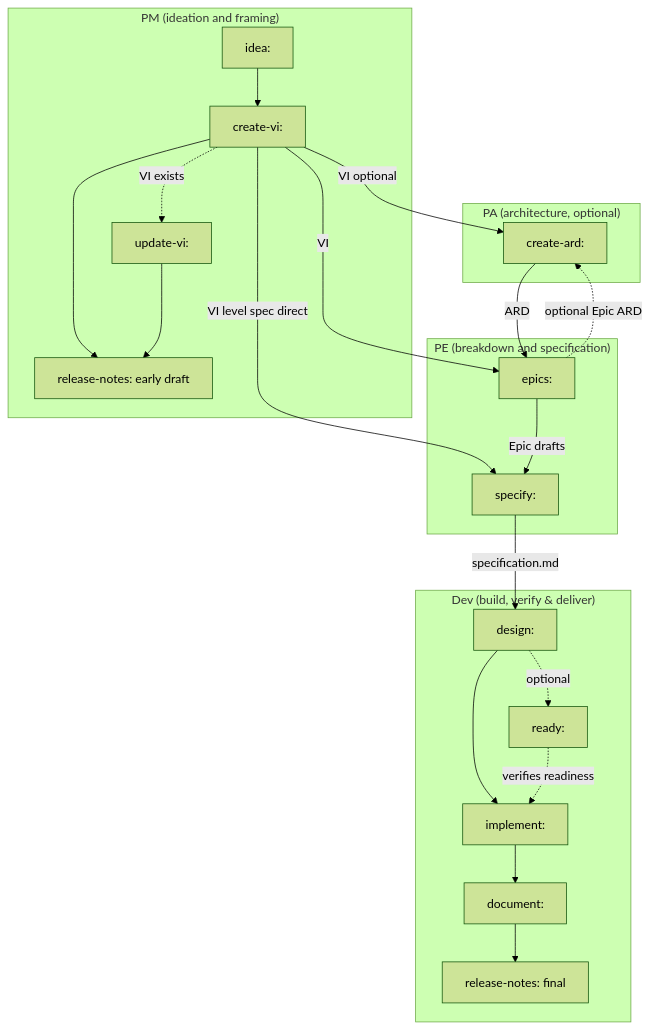
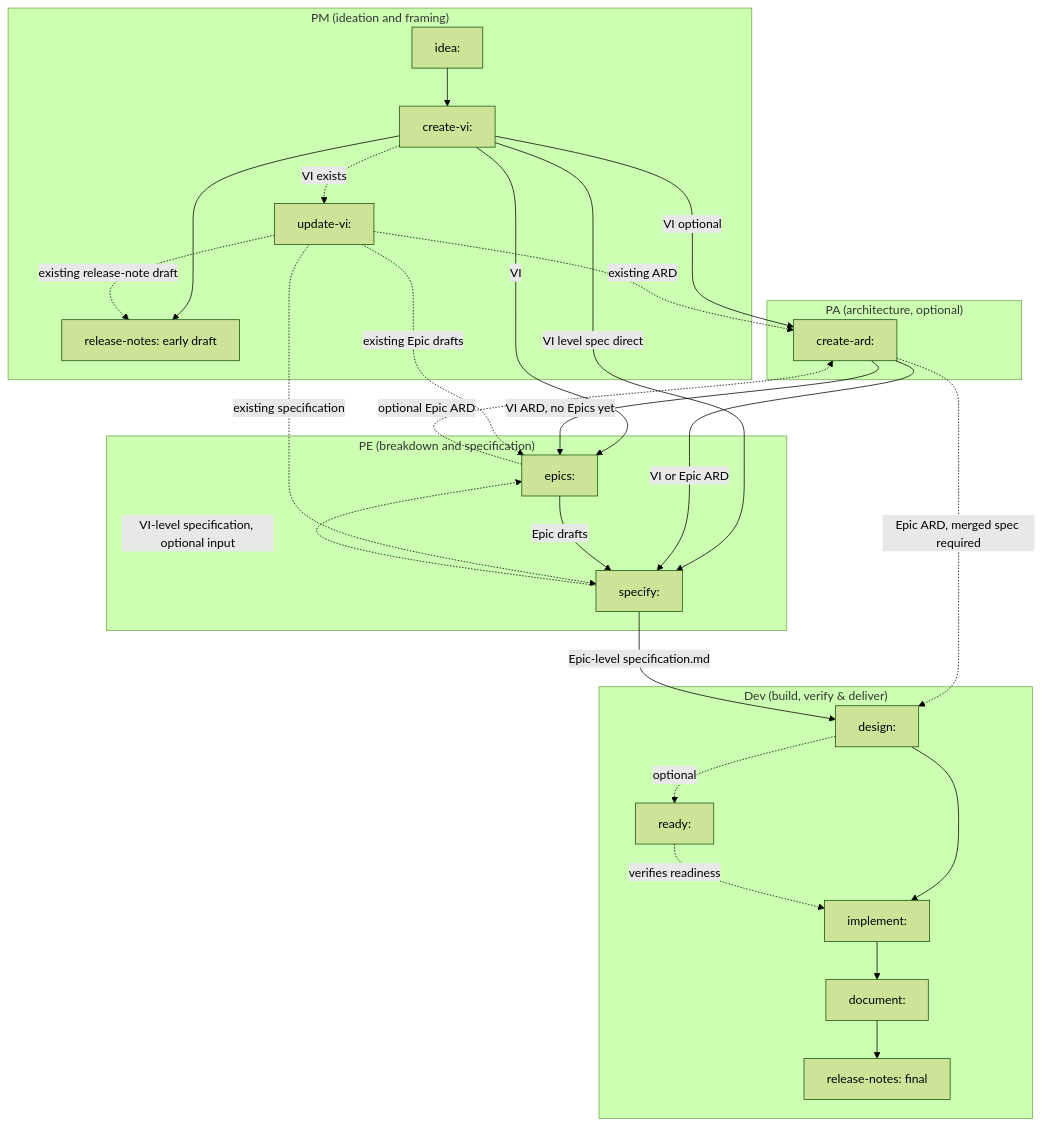
The diagram in dev-workflows/docs/workflow.md (ihudak/ihudak-copilot-plugins), drawn with Mermaid (forest theme) before and after one commit. The commit also changed other lines of this file and 20 other files, not shown here.

First line of the commit message:
fix: workflow contracts — baseliner rows, release-note gap kinds, diagrams

````diff
--- a/dev-workflows/docs/workflow.md
+++ b/dev-workflows/docs/workflow.md
@@ -5,39 +5,45 @@
 ```mermaid
 flowchart TD
     subgraph PM["PM (ideation and framing)"]
         idea["idea:"] --> createvi["create-vi:"]
         createvi -.->|VI exists| updatevi["update-vi:"]
         createvi --> rnearly["release-notes: early draft"]
-        updatevi --> rnearly
+        updatevi -.->|existing release-note draft| rnearly
     end
 
     subgraph PA["PA (architecture, optional)"]
         createard["create-ard:"]
     end
 
     subgraph PE["PE (breakdown and specification)"]
         epics["epics:"]
         specify["specify:"]
     end
 
     subgraph DEV["Dev (build, verify & deliver)"]
         design["design:"]
         ready["ready:"]
         implement["implement:"]
         document["document:"]
         rnfinal["release-notes: final"]
         design --> implement
         design -.->|optional| ready
         ready -.->|verifies readiness| implement
         implement --> document
         document --> rnfinal
     end
 
     createvi -->|VI optional| createard
     createvi -->|VI| epics
     createvi -->|VI level spec direct| specify
-    createard -->|ARD| epics
+    createard -->|VI ARD, no Epics yet| epics
+    createard -->|VI or Epic ARD| specify
+    createard -.->|Epic ARD, merged spec required| design
     epics -->|Epic drafts| specify
     epics -.->|optional Epic ARD| createard
-    specify -->|specification.md| design
+    updatevi -.->|existing ARD| createard
+    updatevi -.->|existing Epic drafts| epics
+    updatevi -.->|existing specification| specify
+    specify -->|Epic-level specification.md| design
+    specify -.->|VI-level specification, optional input| epics
 ```
````
